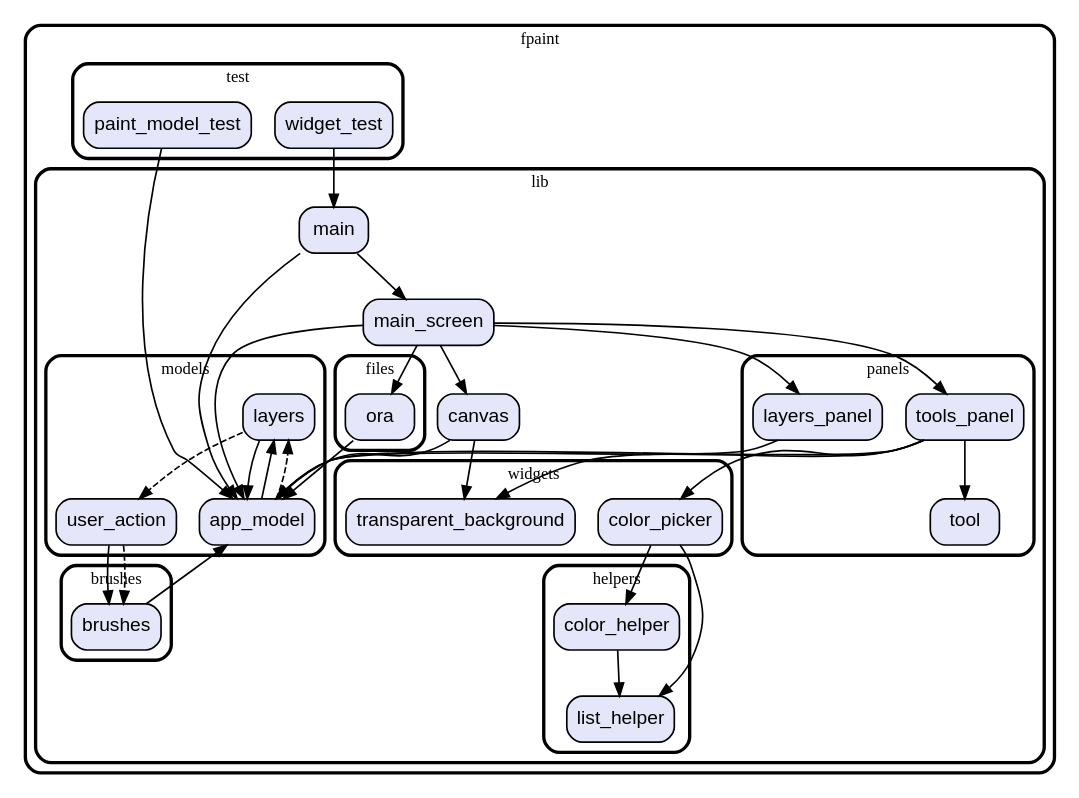
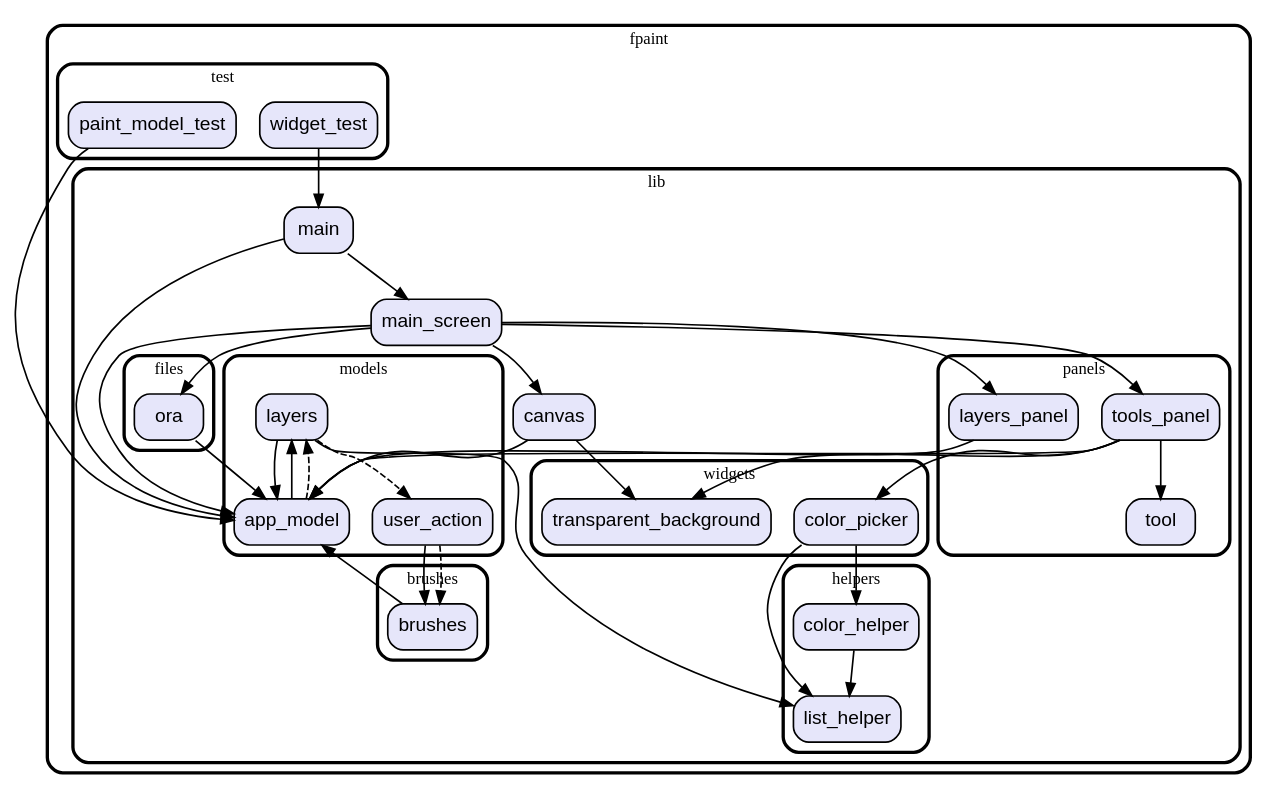
The diagram in graph.dot (vteam-com/fPaint), drawn with Graphviz before and after one commit. The commit also changed 8 other files, not shown here.

```diff
--- a/graph.dot
+++ b/graph.dot
@@ -1,93 +1,94 @@
 digraph "" {
   graph [style=rounded fontname="Arial Black" fontsize=13 penwidth=2.6];
   node [shape=rect style="filled,rounded" fontname=Arial fontsize=15 fillcolor=Lavender penwidth=1.3];
   edge [penwidth=1.3];
   "/test/paint_model_test.dart" [label="paint_model_test"];
   "/test/widget_test.dart" [label="widget_test"];
   "/lib/brushes/brushes.dart" [label="brushes"];
   "/lib/panels/tools_panel.dart" [label="tools_panel"];
   "/lib/panels/layers_panel.dart" [label="layers_panel"];
   "/lib/panels/tool.dart" [label="tool"];
   "/lib/models/layers.dart" [label="layers"];
   "/lib/models/user_action.dart" [label="user_action"];
   "/lib/models/app_model.dart" [label="app_model"];
   "/lib/main.dart" [label="main"];
   "/lib/files/ora.dart" [label="ora"];
   "/lib/canvas.dart" [label="canvas"];
   "/lib/main_screen.dart" [label="main_screen"];
   "/lib/helpers/list_helper.dart" [label="list_helper"];
   "/lib/helpers/color_helper.dart" [label="color_helper"];
   "/lib/widgets/transparent_background.dart" [label="transparent_background"];
   "/lib/widgets/color_picker.dart" [label="color_picker"];
   subgraph "cluster~" {
     label="fpaint";
     subgraph "cluster~/test" {
       label="test";
       "/test/paint_model_test.dart";
       "/test/widget_test.dart";
     }
     subgraph "cluster~/lib" {
       label="lib";
       "/lib/main.dart";
       "/lib/canvas.dart";
       "/lib/main_screen.dart";
       subgraph "cluster~/lib/brushes" {
         label="brushes";
         "/lib/brushes/brushes.dart";
       }
       subgraph "cluster~/lib/panels" {
         label="panels";
         "/lib/panels/tools_panel.dart";
         "/lib/panels/layers_panel.dart";
         "/lib/panels/tool.dart";
       }
       subgraph "cluster~/lib/models" {
         label="models";
         "/lib/models/layers.dart";
         "/lib/models/user_action.dart";
         "/lib/models/app_model.dart";
       }
       subgraph "cluster~/lib/files" {
         label="files";
         "/lib/files/ora.dart";
       }
       subgraph "cluster~/lib/helpers" {
         label="helpers";
         "/lib/helpers/list_helper.dart";
         "/lib/helpers/color_helper.dart";
       }
       subgraph "cluster~/lib/widgets" {
         label="widgets";
         "/lib/widgets/transparent_background.dart";
         "/lib/widgets/color_picker.dart";
       }
     }
   }
   "/test/paint_model_test.dart" -> "/lib/models/app_model.dart";
   "/test/widget_test.dart" -> "/lib/main.dart";
   "/lib/brushes/brushes.dart" -> "/lib/models/app_model.dart";
   "/lib/panels/tools_panel.dart" -> "/lib/models/app_model.dart";
   "/lib/panels/tools_panel.dart" -> "/lib/panels/tool.dart";
   "/lib/panels/tools_panel.dart" -> "/lib/widgets/color_picker.dart";
   "/lib/panels/tools_panel.dart" -> "/lib/widgets/transparent_background.dart";
   "/lib/panels/layers_panel.dart" -> "/lib/models/app_model.dart";
+  "/lib/models/layers.dart" -> "/lib/helpers/list_helper.dart";
   "/lib/models/layers.dart" -> "/lib/models/app_model.dart";
   "/lib/models/layers.dart" -> "/lib/models/user_action.dart" [style=dashed];
   "/lib/models/user_action.dart" -> "/lib/brushes/brushes.dart";
   "/lib/models/user_action.dart" -> "/lib/brushes/brushes.dart" [style=dashed];
   "/lib/models/app_model.dart" -> "/lib/models/layers.dart";
   "/lib/models/app_model.dart" -> "/lib/models/layers.dart" [style=dashed];
   "/lib/main.dart" -> "/lib/main_screen.dart";
   "/lib/main.dart" -> "/lib/models/app_model.dart";
   "/lib/files/ora.dart" -> "/lib/models/app_model.dart";
   "/lib/canvas.dart" -> "/lib/widgets/transparent_background.dart";
   "/lib/canvas.dart" -> "/lib/models/app_model.dart";
   "/lib/main_screen.dart" -> "/lib/canvas.dart";
   "/lib/main_screen.dart" -> "/lib/files/ora.dart";
   "/lib/main_screen.dart" -> "/lib/panels/layers_panel.dart";
   "/lib/main_screen.dart" -> "/lib/panels/tools_panel.dart";
   "/lib/main_screen.dart" -> "/lib/models/app_model.dart";
   "/lib/helpers/color_helper.dart" -> "/lib/helpers/list_helper.dart";
   "/lib/widgets/color_picker.dart" -> "/lib/helpers/color_helper.dart";
   "/lib/widgets/color_picker.dart" -> "/lib/helpers/list_helper.dart";
 }
```
